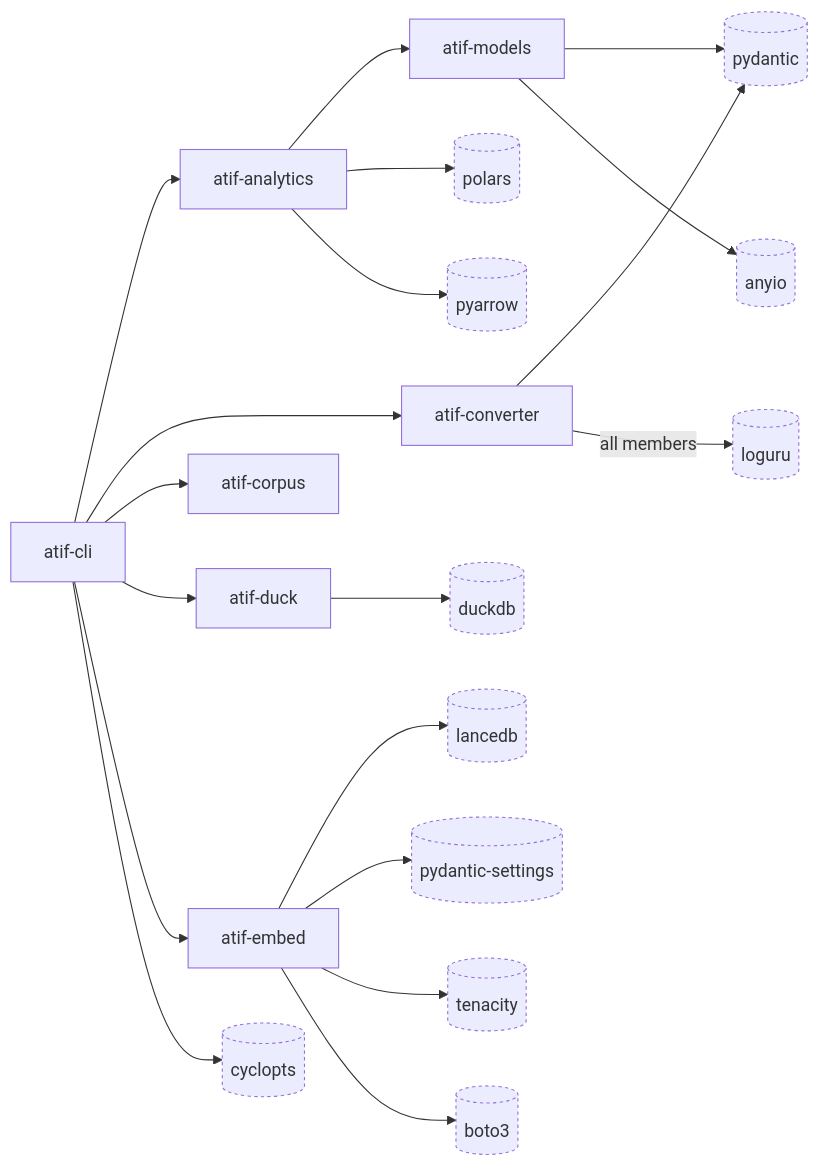
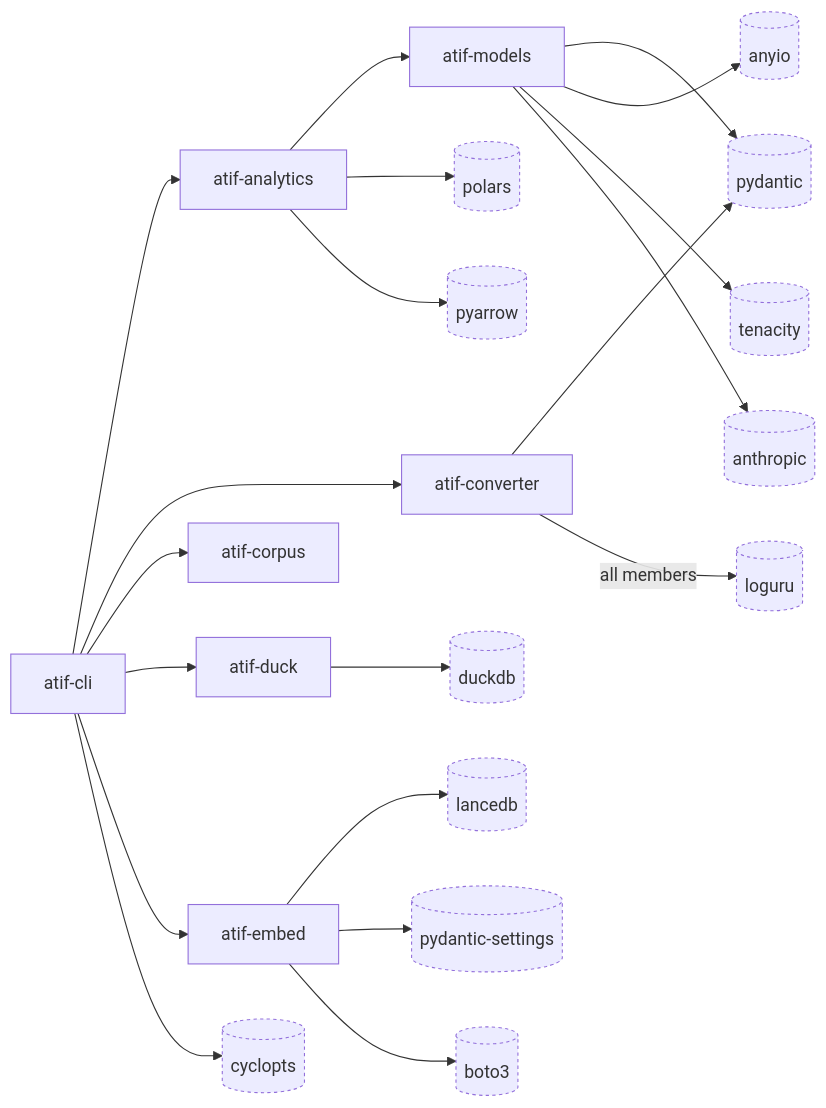
One commit to laithalsaadoon/atif-sql changed the diagram in docs/diagrams/structural/dependency-graph.md. Above: the diagram before and after it, drawn with Mermaid. The commit also changed other lines of this file and 20 other files, not shown here.

````diff
--- a/docs/diagrams/structural/dependency-graph.md
+++ b/docs/diagrams/structural/dependency-graph.md
@@ -16,44 +16,46 @@
 ```mermaid
 flowchart LR
     cli[atif-cli]
     analytics[atif-analytics]
     converter[atif-converter]
     corpus[atif-corpus]
     duck[atif-duck]
     embed[atif-embed]
     models[atif-models]
 
     loguru[(loguru)]:::external
     polars[(polars)]:::external
     pydantic[(pydantic)]:::external
     duckdb[(duckdb)]:::external
     pydsettings[(pydantic-settings)]:::external
     tenacity[(tenacity)]:::external
     pyarrow[(pyarrow)]:::external
     lancedb[(lancedb)]:::external
     anyio[(anyio)]:::external
     cyclopts[(cyclopts)]:::external
     boto3[(boto3)]:::external
+    anthropic[(anthropic)]:::external
 
     cli --> analytics
     cli --> converter
     cli --> corpus
     cli --> duck
     cli --> embed
     analytics --> models
 
     cli --> cyclopts
     converter --> pydantic
     duck --> duckdb
     converter -->|all members| loguru
     analytics --> polars
     analytics --> pyarrow
     embed --> lancedb
     embed --> pydsettings
-    embed --> tenacity
     embed --> boto3
     models --> pydantic
     models --> anyio
+    models --> tenacity
+    models --> anthropic
 
     classDef external stroke-dasharray: 3 3
 ```
````
